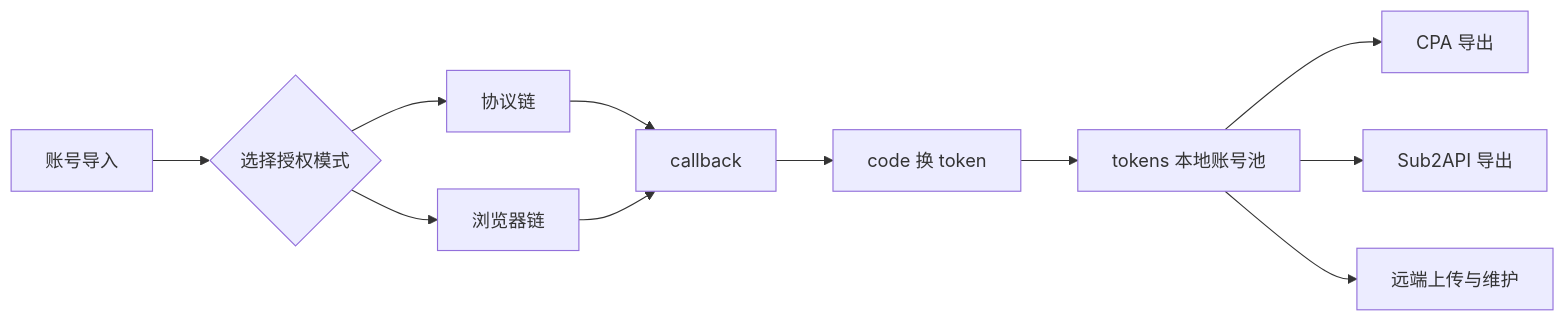
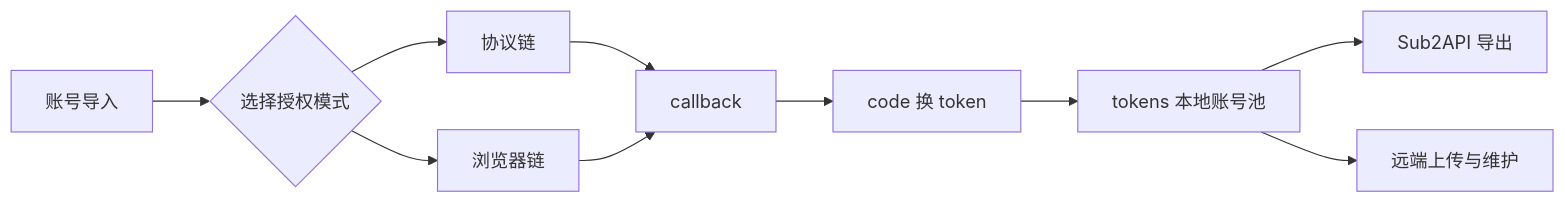
One commit to blackdm666/88API-OpenAi-Tool changed the diagram in README.md. Above: the diagram before and after it, drawn with Mermaid. The commit also changed other lines of this file and 26 other files, not shown here.

````diff
--- a/README.md
+++ b/README.md
@@ -75,13 +74,12 @@
 ```mermaid
 flowchart LR
     A[账号导入] --> B{选择授权模式}
     B --> C[协议链]
     B --> D[浏览器链]
     C --> E[callback]
     D --> E
     E --> F[code 换 token]
     F --> G[tokens 本地账号池]
-    G --> H[CPA 导出]
     G --> I[Sub2API 导出]
     G --> J[远端上传与维护]
 ```
````
